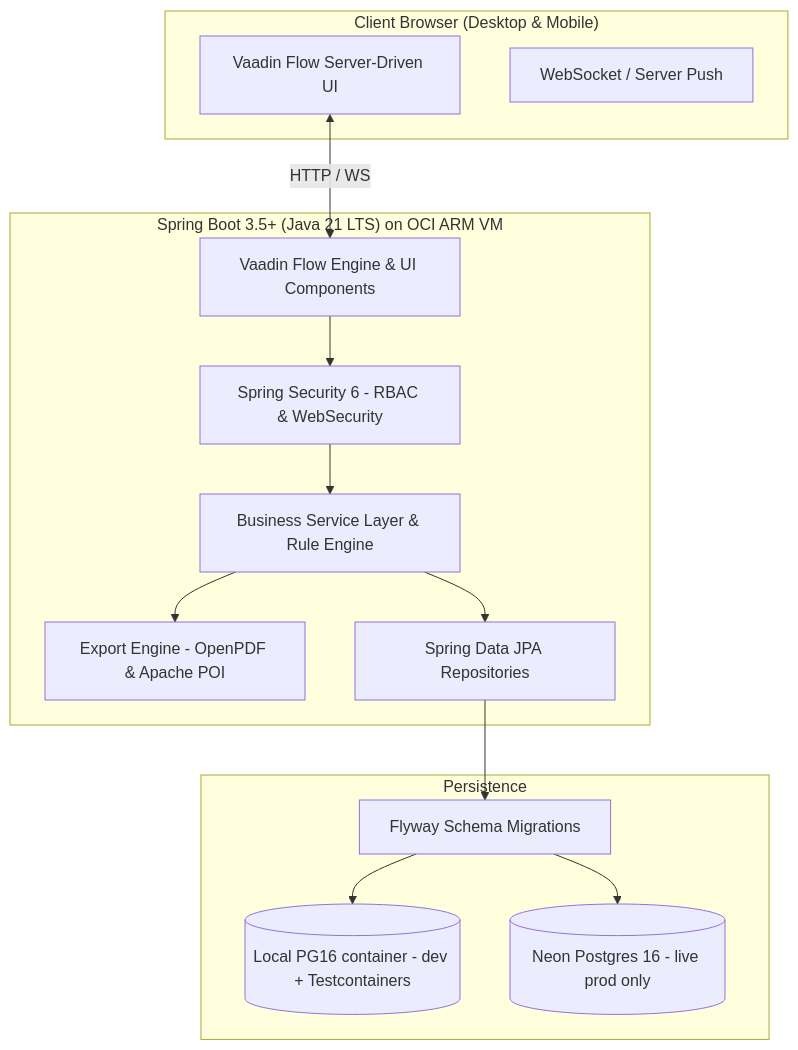
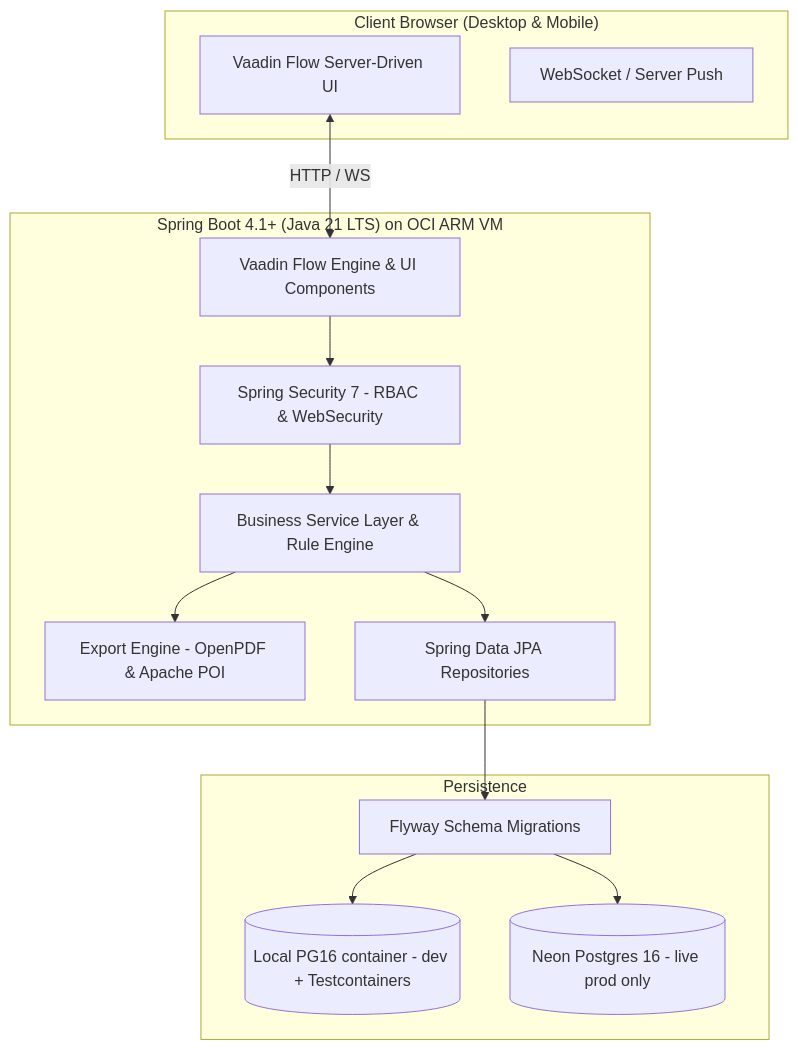
The first of 3 diagrams in PLAN.md (BachiDev/shiftworkr), drawn with Mermaid before and after one commit. The commit also changed other lines of this file and 3 other files, not shown here.

First line of the commit message:
chore(deps): Spring Boot 4.1.1 + Vaadin 25.3.2 (supported, free stack)

````diff
--- a/PLAN.md
+++ b/PLAN.md
@@ -70,30 +70,30 @@
 ```mermaid
 flowchart TD
     subgraph Client ["Client Browser (Desktop & Mobile)"]
         UI[Vaadin Flow Server-Driven UI]
         WS[WebSocket / Server Push]
     end
 
-    subgraph Server ["Spring Boot 3.5+ (Java 21 LTS) on OCI ARM VM"]
-        SEC[Spring Security 6 - RBAC & WebSecurity]
+    subgraph Server ["Spring Boot 4.1+ (Java 21 LTS) on OCI ARM VM"]
+        SEC[Spring Security 7 - RBAC & WebSecurity]
         VAADIN[Vaadin Flow Engine & UI Components]
         SVC[Business Service Layer & Rule Engine]
         EXP[Export Engine - OpenPDF & Apache POI]
         REPO[Spring Data JPA Repositories]
     end
 
     subgraph Data ["Persistence"]
         FLYWAY[Flyway Schema Migrations]
         PGLOCAL[(Local PG16 container - dev + Testcontainers)]
         NEON[(Neon Postgres 16 - live prod only)]
     end
 
     UI <-->|HTTP / WS| VAADIN
     VAADIN --> SEC
     SEC --> SVC
     SVC --> REPO
     SVC --> EXP
     REPO --> FLYWAY
     FLYWAY --> PGLOCAL
     FLYWAY --> NEON
 ```
````
